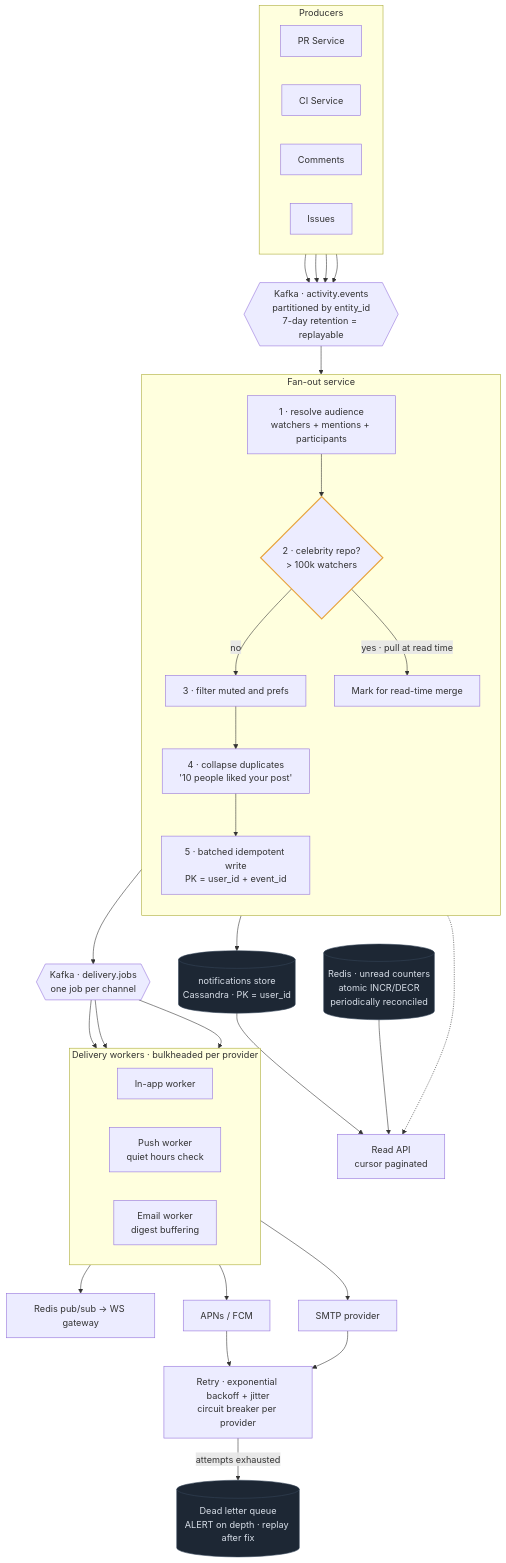
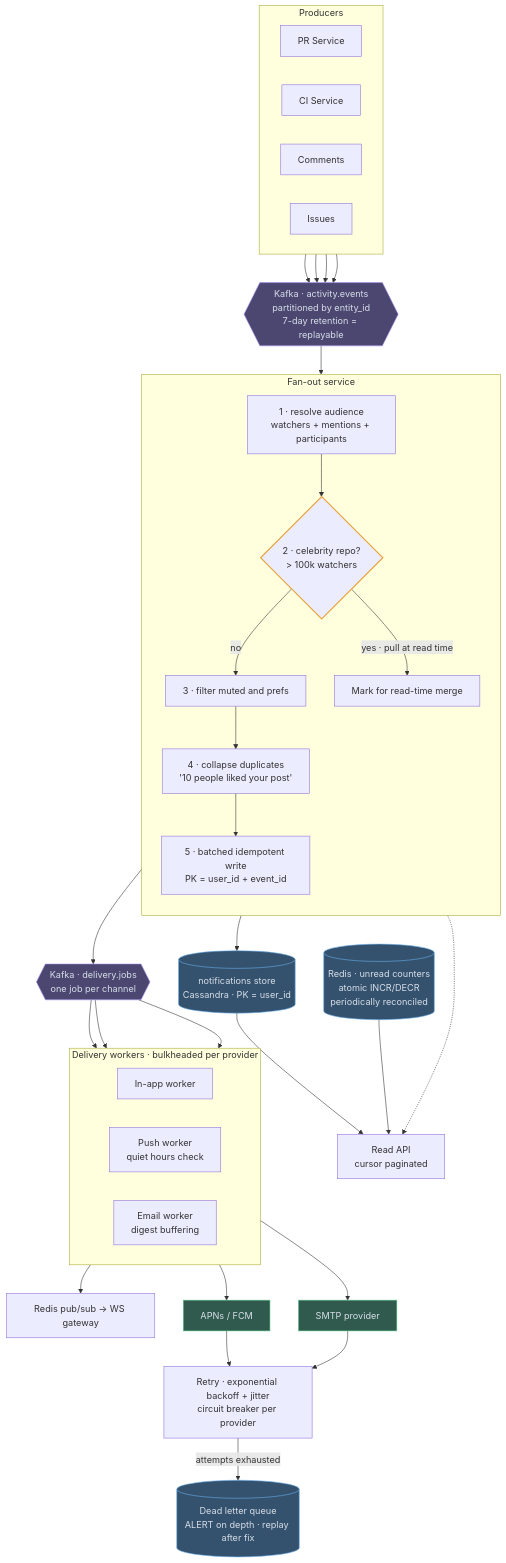
One commit to mertkahyaoglu/atlas changed the diagram in content/designs/05-notification-system.md. Above: the diagram before and after it, drawn with Mermaid. The commit also changed 16 other files, not shown here.

````diff
--- a/content/designs/05-notification-system.md
+++ b/content/designs/05-notification-system.md
@@ -118,69 +118,73 @@
 ```mermaid
 flowchart TB
     subgraph P ["Producers"]
         direction LR
         PR[PR Service]
         CI[CI Service]
         CM[Comments]
         IS[Issues]
     end
 
     PR --> Bus
     CI --> Bus
     CM --> Bus
     IS --> Bus
 
     Bus{{"Kafka · activity.events<br/>partitioned by entity_id<br/>7-day retention = replayable"}}
 
     subgraph FO ["Fan-out service"]
         direction TB
         Audience["1 · resolve audience<br/>watchers + mentions + participants"]
         Celeb{"2 · celebrity repo?<br/>> 100k watchers"}
         Filter["3 · filter muted and prefs"]
         Collapse["4 · collapse duplicates<br/>'10 people liked your post'"]
         Write["5 · batched idempotent write<br/>PK = user_id + event_id"]
         Audience --> Celeb
         Celeb -- "no" --> Filter --> Collapse --> Write
         Celeb -- "yes · pull at read time" --> ReadPull[Mark for read-time merge]
     end
 
     Bus --> Audience
     Write --> Store[("notifications store<br/>Cassandra · PK = user_id")]
     Write --> Jobs{{"Kafka · delivery.jobs<br/>one job per channel"}}
 
     subgraph D ["Delivery workers · bulkheaded per provider"]
         direction LR
         InApp["In-app worker"]
         PushW["Push worker<br/>quiet hours check"]
         EmailW["Email worker<br/>digest buffering"]
     end
 
     Jobs --> InApp
     Jobs --> PushW
     Jobs --> EmailW
 
     InApp --> WS["Redis pub/sub → WS gateway"]
     PushW --> APNs["APNs / FCM"]
     EmailW --> SMTP["SMTP provider"]
 
     APNs --> Retry
     SMTP --> Retry
     Retry["Retry · exponential backoff + jitter<br/>circuit breaker per provider"]
     Retry -- "attempts exhausted" --> DLQ[("Dead letter queue<br/>ALERT on depth · replay after fix")]
 
     Store --> ReadAPI["Read API<br/>cursor paginated"]
     ReadPull -.-> ReadAPI
     Counters[("Redis · unread counters<br/>atomic INCR/DECR<br/>periodically reconciled")] --> ReadAPI
 
-    classDef store fill:#1d2734,stroke:#35455a,color:#d7dee8
+    classDef store fill:#34526e,stroke:#6cb2ee,color:#d7dee8
+    classDef queue fill:#4b4771,stroke:#ad94f7,color:#d7dee8
+    classDef external fill:#2f5a4d,stroke:#5cc98f,color:#d7dee8
     classDef hot stroke:#e8a33d,stroke-width:2px
     class Store,DLQ,Counters store
     class Celeb hot
+    class Bus,Jobs queue
+    class APNs,SMTP external
 
     click Bus href "/docs/05-async-messaging-and-event-driven" "Role: every product event enters here, and 7-day retention allows replay after a bug.<br/>Trade-off: ordering only per entity, and consumers must dedupe."
     click Store href "/docs/02-data-storage" "Role: each user's notification inbox, read with cursor pagination.<br/>Trade-off: any query not keyed by user_id needs another table or index."
     click Jobs href "/docs/05-async-messaging-and-event-driven" "Role: one job per channel so email, push and in-app fail and retry independently.<br/>Trade-off: one notification's channels can arrive out of sync."
     click WS href "/docs/07-apis-and-communication" "Role: pushes in-app notifications to open browser tabs instantly.<br/>Trade-off: best effort only, so closed tabs rely on the stored inbox."
     click DLQ href "/docs/05-async-messaging-and-event-driven" "Role: holds deliveries that exhausted their retries so they don't block the queue.<br/>Trade-off: without alerting and a replay process, messages here silently rot."
     click Counters href "/docs/04-caching" "Role: unread badge counts without scanning the inbox.<br/>Trade-off: counts can drift from the truth, hence periodic reconciliation."
 ```
````
